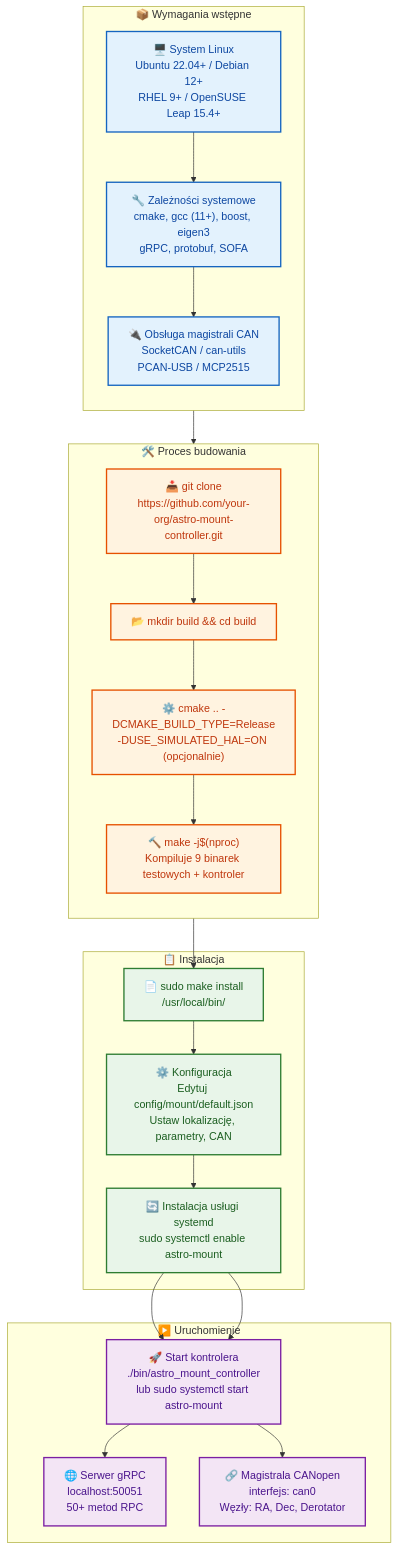
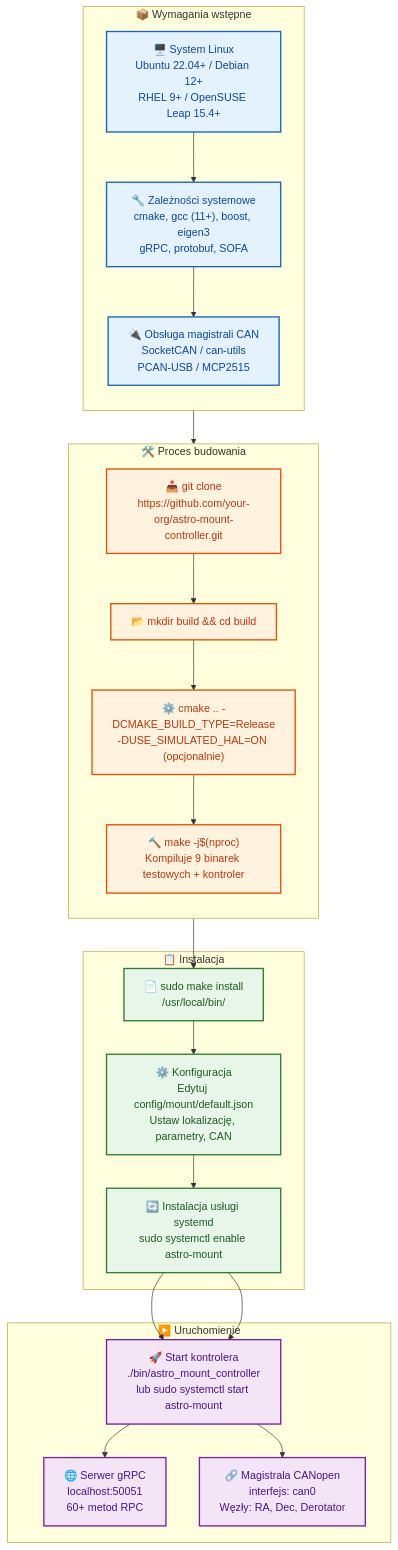
Before and after one commit to pielaszkiewicz-jacek/astro_mount_control: the diagram in docs/pl/installation.md, drawn with Mermaid. The commit also changed other lines of this file and 12 other files, not shown here.

````diff
--- a/docs/pl/installation.md
+++ b/docs/pl/installation.md
@@ -5,47 +5,47 @@
 ```mermaid
 flowchart TD
     %% Style
     classDef prereq fill:#e3f2fd,stroke:#1565c0,stroke-width:2px,color:#0d47a1
     classDef build fill:#fff3e0,stroke:#e65100,stroke-width:2px,color:#bf360c
     classDef install fill:#e8f5e9,stroke:#2e7d32,stroke-width:2px,color:#1b5e20
     classDef run fill:#f3e5f5,stroke:#7b1fa2,stroke-width:2px,color:#4a148c
 
     subgraph PREREQ["📦 Wymagania wstępne"]
         direction TB
         OS["🖥️ System Linux<br/>Ubuntu 22.04+ / Debian 12+<br/>RHEL 9+ / OpenSUSE Leap 15.4+"]:::prereq
         DEPS["🔧 Zależności systemowe<br/>cmake, gcc (11+), boost, eigen3<br/>gRPC, protobuf, SOFA"]:::prereq
         CAN["🔌 Obsługa magistrali CAN<br/>SocketCAN / can-utils<br/>PCAN-USB / MCP2515"]:::prereq
     end
 
     subgraph BUILD["🛠️ Proces budowania"]
         direction TB
         CLONE["📥 git clone<br/>https://github.com/your-org/astro-mount-controller.git"]:::build
         MKDIR["📂 mkdir build && cd build"]:::build
         CMAKE["⚙️ cmake .. -DCMAKE_BUILD_TYPE=Release<br/>-DUSE_SIMULATED_HAL=ON (opcjonalnie)"]:::build
         MAKE["🔨 make -j$(nproc)<br/>Kompiluje 9 binarek testowych + kontroler"]:::build
     end
 
     subgraph INST["📋 Instalacja"]
         INSTALL["📄 sudo make install<br/>/usr/local/bin/"]:::install
         CONF["⚙️ Konfiguracja<br/>Edytuj config/mount/default.json<br/>Ustaw lokalizację, parametry, CAN"]:::install
         SERVICE["🔄 Instalacja usługi systemd<br/>sudo systemctl enable astro-mount"]:::install
     end
 
     subgraph RUN["▶️ Uruchomienie"]
         START["🚀 Start kontrolera<br/>./bin/astro_mount_controller<br/>lub sudo systemctl start astro-mount"]:::run
-        GRPC["🌐 Serwer gRPC<br/>localhost:50051<br/>50+ metod RPC"]:::run
+        GRPC["🌐 Serwer gRPC<br/>localhost:50051<br/>60+ metod RPC"]:::run
         CANOPEN["🔗 Magistrala CANopen<br/>interfejs: can0<br/>Węzły: RA, Dec, Derotator"]:::run
     end
 
     OS --> DEPS --> CAN
     CAN --> CLONE
     CLONE --> MKDIR --> CMAKE --> MAKE
     MAKE --> INSTALL --> CONF --> SERVICE
     SERVICE --> START --> GRPC
     SERVICE --> START --> CANOPEN
 
     class OS,DEPS,CAN prereq
     class CLONE,MKDIR,CMAKE,MAKE build
     class INSTALL,CONF,SERVICE install
     class START,GRPC,CANOPEN run
 ```
````
